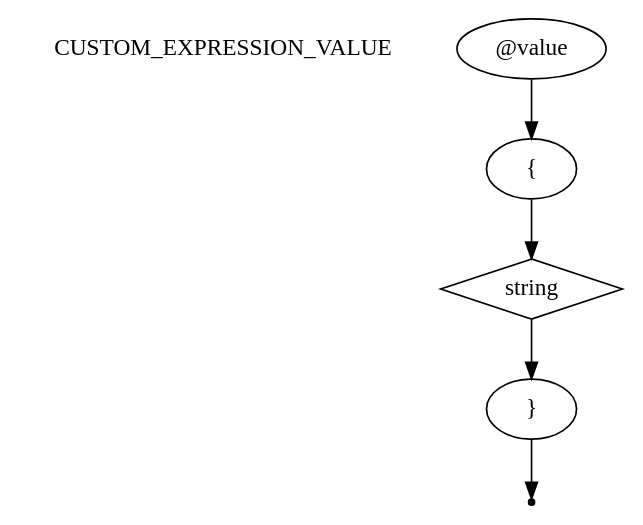
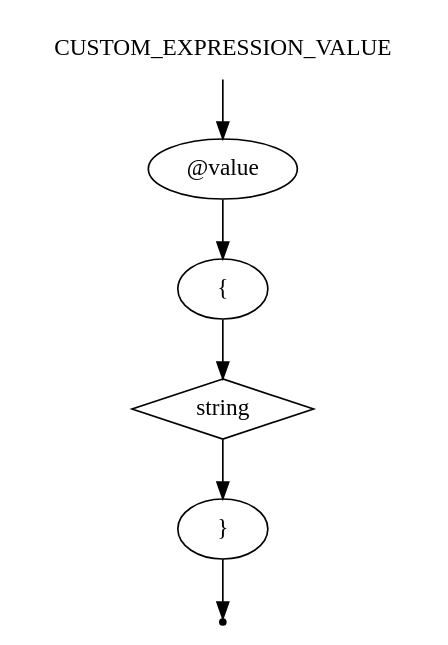
One commit to ayu-f/DSL_Pseudocode changed the diagram in pseudocode/custom_expression_value.gv. Above: the diagram before and after it, drawn with Graphviz. The commit also changed 15 other files, not shown here.

```diff
--- a/pseudocode/custom_expression_value.gv
+++ b/pseudocode/custom_expression_value.gv
@@ -1,13 +1,14 @@
 digraph CUSTOM_EXPRESSION_VALUE {
     start [label=CUSTOM_EXPRESSION_VALUE shape=plaintext]
     custom_expression_value_prefix [label="@value" shape=oval]
     br_open [label="{" shape=oval]
     string [label=string shape=diamond]
     br_close [label="}" shape=oval]
     end [label="" shape=point]
 
+    start -> custom_expression_value_prefix
     custom_expression_value_prefix -> br_open
     br_open -> string
     string -> br_close
     br_close -> end
 }
```
